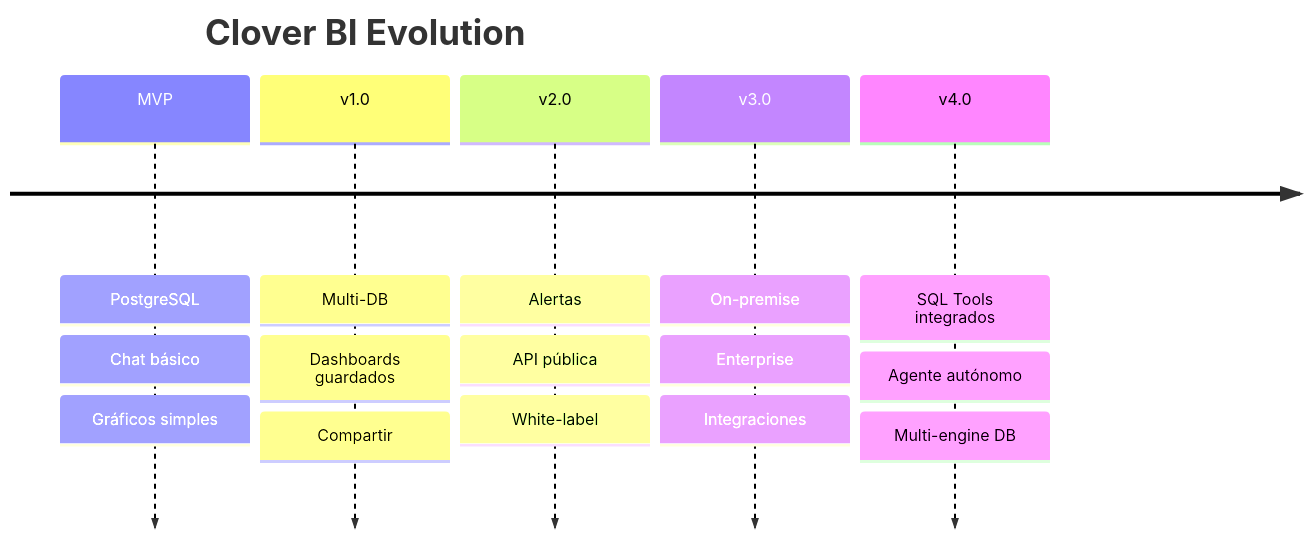
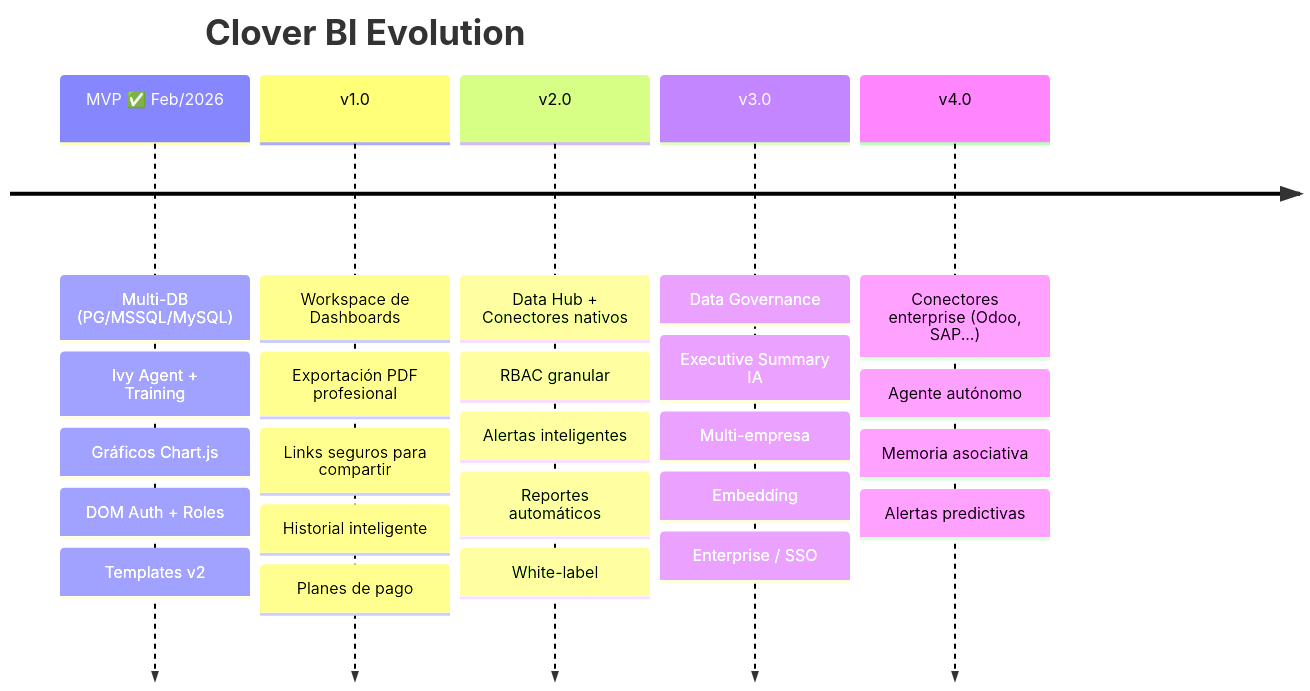
One commit to dchaves80/CloverBI changed the diagram in docs/05-roadmap.md. Above: the diagram before and after it, drawn with Mermaid. The commit also changed other lines of this file and 17 other files, not shown here.

Commit message:
feat: cambios frontend sidebar-navigation — DOM integration, explorar, training, AppLayout (2026-02-25)

````diff
--- a/docs/05-roadmap.md
+++ b/docs/05-roadmap.md
@@ -5,19 +18,28 @@
 ```mermaid
 timeline
     title Clover BI Evolution
-    MVP : PostgreSQL
-        : Chat básico
-        : Gráficos simples
-    v1.0 : Multi-DB
-         : Dashboards guardados
-         : Compartir
-    v2.0 : Alertas
-         : API pública
-         : White-label
-    v3.0 : On-premise
-         : Enterprise
-         : Integraciones
-    v4.0 : SQL Tools integrados
-         : Agente autónomo
-         : Multi-engine DB
+    MVP ✅ Feb/2026  : Multi-DB (PG/MSSQL/MySQL)
+                    : Ivy Agent + Training
+                    : Gráficos Chart.js
+                    : DOM Auth + Roles
+                    : Templates v2
+    v1.0            : Workspace de Dashboards
+                    : Exportación PDF profesional
+                    : Links seguros para compartir
+                    : Historial inteligente
+                    : Planes de pago
+    v2.0            : Data Hub + Conectores nativos
+                    : RBAC granular
+                    : Alertas inteligentes
+                    : Reportes automáticos
+                    : White-label
+    v3.0            : Data Governance
+                    : Executive Summary IA
+                    : Multi-empresa
+                    : Embedding
+                    : Enterprise / SSO
+    v4.0            : Conectores enterprise (Odoo, SAP...)
+                    : Agente autónomo
+                    : Memoria asociativa
+                    : Alertas predictivas
 ```
````
